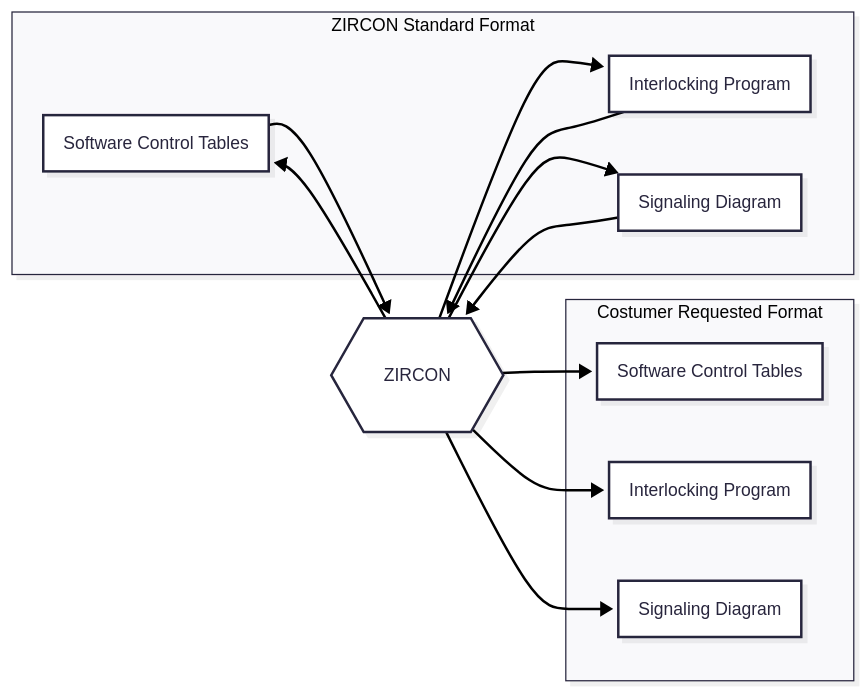
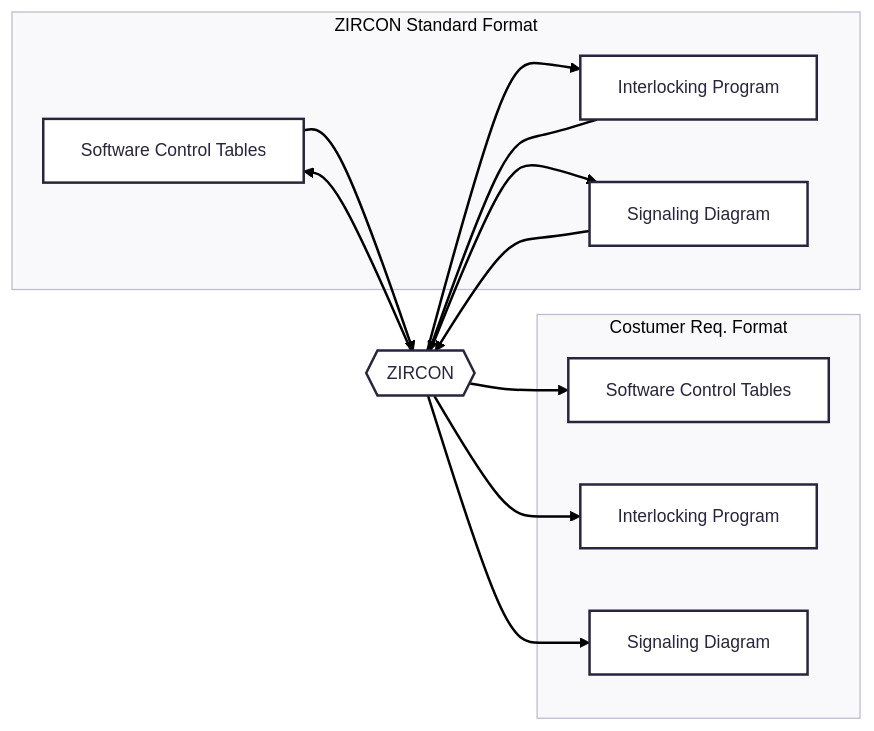
One commit to 7diogo-luis/ZIRCON changed the second of 2 diagrams in README.md. Above: the diagram before and after it, drawn with Mermaid.

````diff
--- a/README.md
+++ b/README.md
@@ -216,30 +216,29 @@
 ```mermaid
 ---
 config:
+  theme: redux
   layout: fixed
-  look: neo
-  theme: redux
 ---
 flowchart LR
  subgraph s1["ZIRCON Standard Format"]
         n12@{ label: "<span style=\"background-color:\">Software Control Tables</span>" }
         n14@{ label: "<span style=\"background-color:\">Interlocking Program</span>" }
         n16@{ label: "<span style=\"background-color:\">Signaling Diagram</span>" }
   end
- subgraph s2["Costumer Requested Format"]
+ subgraph s2["Costumer Req. Format"]
         n17@{ label: "<span style=\"background-color:\">Software Control Tables</span>" }
         n18@{ label: "<span style=\"background-color:\">Interlocking Program</span>" }
         n19@{ label: "<span style=\"background-color:\">Signaling Diagram</span>" }
   end
     n1["ZIRCON"] --> n19 & n18 & n17 & n12 & n14 & n16
     n12 --> n1
     n14 --> n1
     n16 --> n1
     n12@{ shape: rect}
     n14@{ shape: rect}
     n16@{ shape: rect}
     n17@{ shape: rect}
     n18@{ shape: rect}
     n19@{ shape: rect}
     n1@{ shape: hex}
 ```
````
